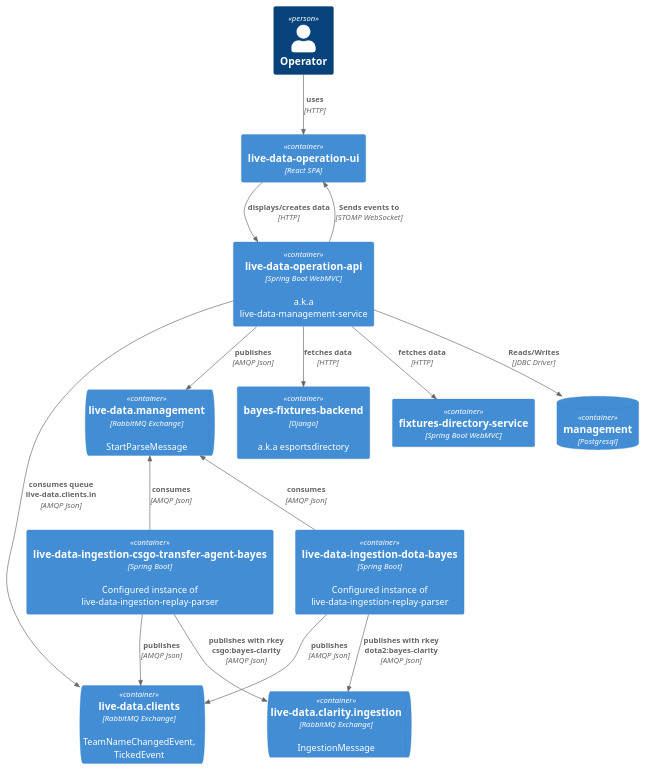
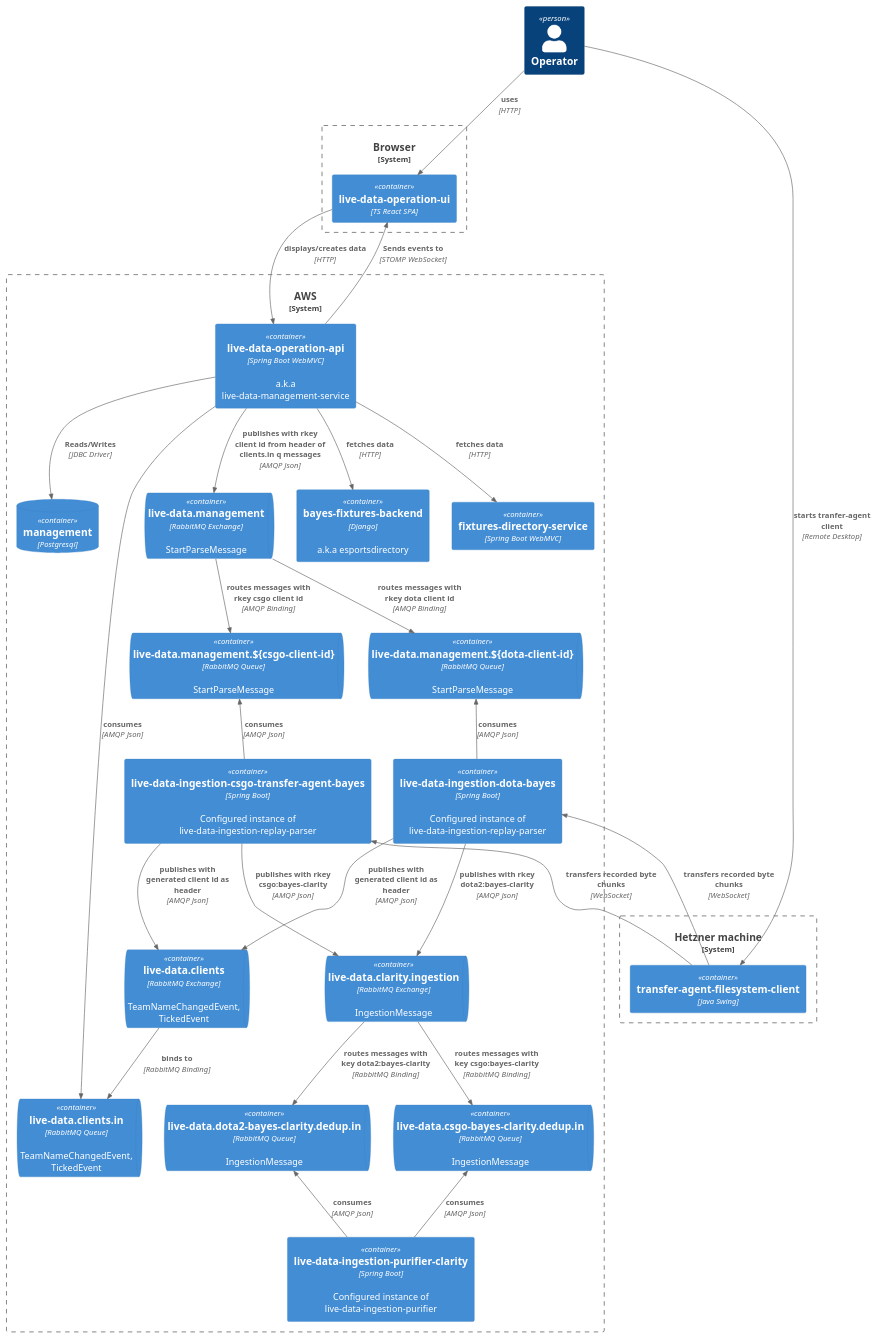
The diagram in architecture.puml (frederik-bayes/architecture), drawn with PlantUML before and after one commit. The commit also changed 1 other file, not shown here.

Commit message:
continued working on architecture

```diff
--- a/architecture.puml
+++ b/architecture.puml
@@ -1,33 +1,59 @@
 @startuml C4_Elements
 !include https://raw.githubusercontent.com/plantuml-stdlib/C4-PlantUML/master/C4_Container.puml
 
 LAYOUT_TOP_DOWN()
 
 Person(operator, "Operator")
-Container(ldo_ui, "live-data-operation-ui", "React SPA")
-Container(ldo_api, "live-data-operation-api", "Spring Boot WebMVC", "a.k.a live-data-management-service")
-Container(mds, "bayes-fixtures-backend", "Django", "a.k.a esportsdirectory")
-Container(fd, "fixtures-directory-service", "Spring Boot WebMVC")
-ContainerDb(ldo_db, "management", "Postgresql")
-ContainerQueue(ld_clients_exchange, "live-data.clients", "RabbitMQ Exchange", "TeamNameChangedEvent, TickedEvent")
-ContainerQueue(ld_management_exchange, "live-data.management", "RabbitMQ Exchange", "StartParseMessage")
-Container(ld_ingestion_replay_parser_csgo, "live-data-ingestion-csgo-transfer-agent-bayes", "Spring Boot", "Configured instance of live-data-ingestion-replay-parser")
-Container(ld_ingestion_replay_parser_dota, "live-data-ingestion-dota-bayes", "Spring Boot", "Configured instance of live-data-ingestion-replay-parser")
-ContainerQueue(ld_clarity_ingestion_exchange, "live-data.clarity.ingestion", "RabbitMQ Exchange", "IngestionMessage")
+
+System_Boundary(browser, "Browser") {
+    Container(ldo_ui, "live-data-operation-ui", "TS React SPA")
+}
+
+System_Boundary(hetzner, "Hetzner machine") {
+    Container(taf_client, "transfer-agent-filesystem-client", "Java Swing")
+}
+
+System_Boundary(aws, "AWS") {
+    Container(ldo_api, "live-data-operation-api", "Spring Boot WebMVC", "a.k.a live-data-management-service")
+    Container(mds, "bayes-fixtures-backend", "Django", "a.k.a esportsdirectory")
+    Container(fd, "fixtures-directory-service", "Spring Boot WebMVC")
+    Container(ld_ingestion_replay_parser_csgo, "live-data-ingestion-csgo-transfer-agent-bayes", "Spring Boot", "Configured instance of live-data-ingestion-replay-parser")
+    Container(ld_ingestion_replay_parser_dota, "live-data-ingestion-dota-bayes", "Spring Boot", "Configured instance of live-data-ingestion-replay-parser")
+    Container(ld_ingestion_purifier_clarity, "live-data-ingestion-purifier-clarity", "Spring Boot", "Configured instance of live-data-ingestion-purifier")
+    ContainerDb(ldo_db, "management", "Postgresql")
+    ContainerQueue(ld_clients_exchange, "live-data.clients", "RabbitMQ Exchange", "TeamNameChangedEvent, TickedEvent")
+    ContainerQueue(ld_clients_in_q, "live-data.clients.in", "RabbitMQ Queue", "TeamNameChangedEvent, TickedEvent")
+    ContainerQueue(ld_management_exchange, "live-data.management", "RabbitMQ Exchange", "StartParseMessage")
+    ContainerQueue(ld_management_dota_client_q, "live-data.management.${dota-client-id}", "RabbitMQ Queue", "StartParseMessage")
+    ContainerQueue(ld_management_csgo_client_q, "live-data.management.${csgo-client-id}", "RabbitMQ Queue", "StartParseMessage")
+    ContainerQueue(ld_clarity_ingestion_exchange, "live-data.clarity.ingestion", "RabbitMQ Exchange", "IngestionMessage")
+    ContainerQueue(ld_clarity_ingestion_dota_dedup_q, "live-data.dota2-bayes-clarity.dedup.in", "RabbitMQ Queue", "IngestionMessage")
+    ContainerQueue(ld_clarity_ingestion_csgo_dedup_q, "live-data.csgo-bayes-clarity.dedup.in", "RabbitMQ Queue", "IngestionMessage")
+}
 
 Rel(operator, ldo_ui, "uses", "HTTP")
+Rel_D(operator, taf_client, "starts tranfer-agent client", "Remote Desktop")
 Rel(ldo_ui, ldo_api, "displays/creates data", "HTTP")
 Rel_U(ldo_api, ldo_ui, "Sends events to", "STOMP WebSocket")
 Rel(ldo_api, mds, "fetches data", "HTTP")
 Rel(ldo_api, ldo_db, "Reads/Writes", "JDBC Driver")
-Rel(ldo_api, ld_management_exchange, "publishes", "AMQP Json")
-Rel(ldo_api, ld_clients_exchange, "consumes queue live-data.clients.in", "AMQP Json")
+Rel(ldo_api, ld_management_exchange, "publishes with rkey client id from header of clients.in q messages", "AMQP Json")
+Rel(ld_management_exchange, ld_management_csgo_client_q, "routes messages with rkey csgo client id", "AMQP Binding")
+Rel(ld_management_exchange, ld_management_dota_client_q, "routes messages with rkey dota client id", "AMQP Binding")
+Rel(ldo_api, ld_clients_in_q, "consumes", "AMQP Json")
+Rel(ld_clients_exchange, ld_clients_in_q, "binds to", "RabbitMQ Binding")
 Rel(ldo_api, fd, "fetches data", "HTTP")
-Rel_U(ld_ingestion_replay_parser_dota, ld_management_exchange, "consumes", "AMQP Json")
+Rel_U(ld_ingestion_replay_parser_dota, ld_management_dota_client_q, "consumes", "AMQP Json")
 Rel(ld_ingestion_replay_parser_dota, ld_clarity_ingestion_exchange, "publishes with rkey dota2:bayes-clarity", "AMQP Json")
-Rel(ld_ingestion_replay_parser_dota, ld_clients_exchange, "publishes", "AMQP Json")
-Rel_U(ld_ingestion_replay_parser_csgo, ld_management_exchange, "consumes", "AMQP Json")
+Rel(ld_ingestion_replay_parser_dota, ld_clients_exchange, "publishes with generated client id as header", "AMQP Json")
+Rel_U(ld_ingestion_replay_parser_csgo, ld_management_csgo_client_q, "consumes", "AMQP Json")
 Rel(ld_ingestion_replay_parser_csgo, ld_clarity_ingestion_exchange, "publishes with rkey csgo:bayes-clarity", "AMQP Json")
-Rel(ld_ingestion_replay_parser_csgo, ld_clients_exchange, "publishes", "AMQP Json")
+Rel(ld_ingestion_replay_parser_csgo, ld_clients_exchange, "publishes with generated client id as header", "AMQP Json")
+Rel(ld_clarity_ingestion_exchange, ld_clarity_ingestion_dota_dedup_q, "routes messages with key dota2:bayes-clarity", "RabbitMQ Binding")
+Rel(ld_clarity_ingestion_exchange, ld_clarity_ingestion_csgo_dedup_q, "routes messages with key csgo:bayes-clarity", "RabbitMQ Binding")
+Rel_U(ld_ingestion_purifier_clarity, ld_clarity_ingestion_csgo_dedup_q, "consumes", "AMQP Json")
+Rel_U(ld_ingestion_purifier_clarity, ld_clarity_ingestion_dota_dedup_q, "consumes", "AMQP Json")
+Rel_U(taf_client, ld_ingestion_replay_parser_dota, "transfers recorded byte chunks", "WebSocket")
+Rel_U(taf_client, ld_ingestion_replay_parser_csgo, "transfers recorded byte chunks", "WebSocket")
 
 @enduml
```
